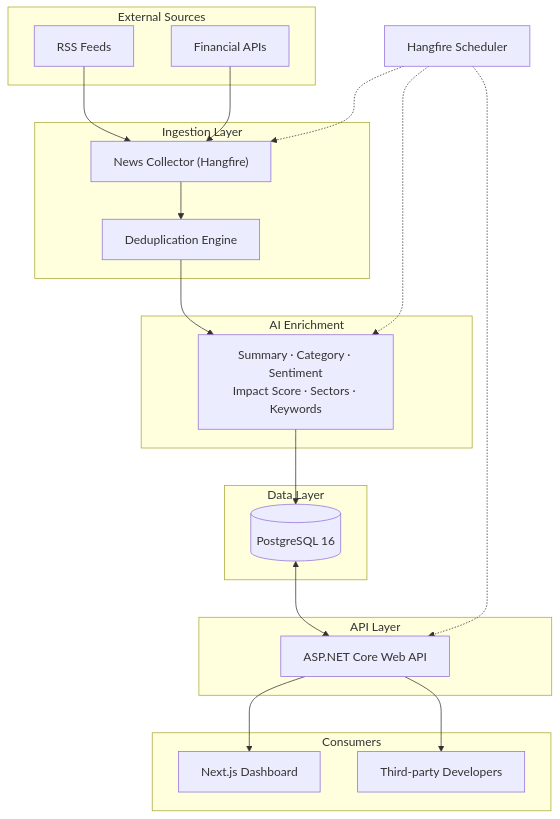
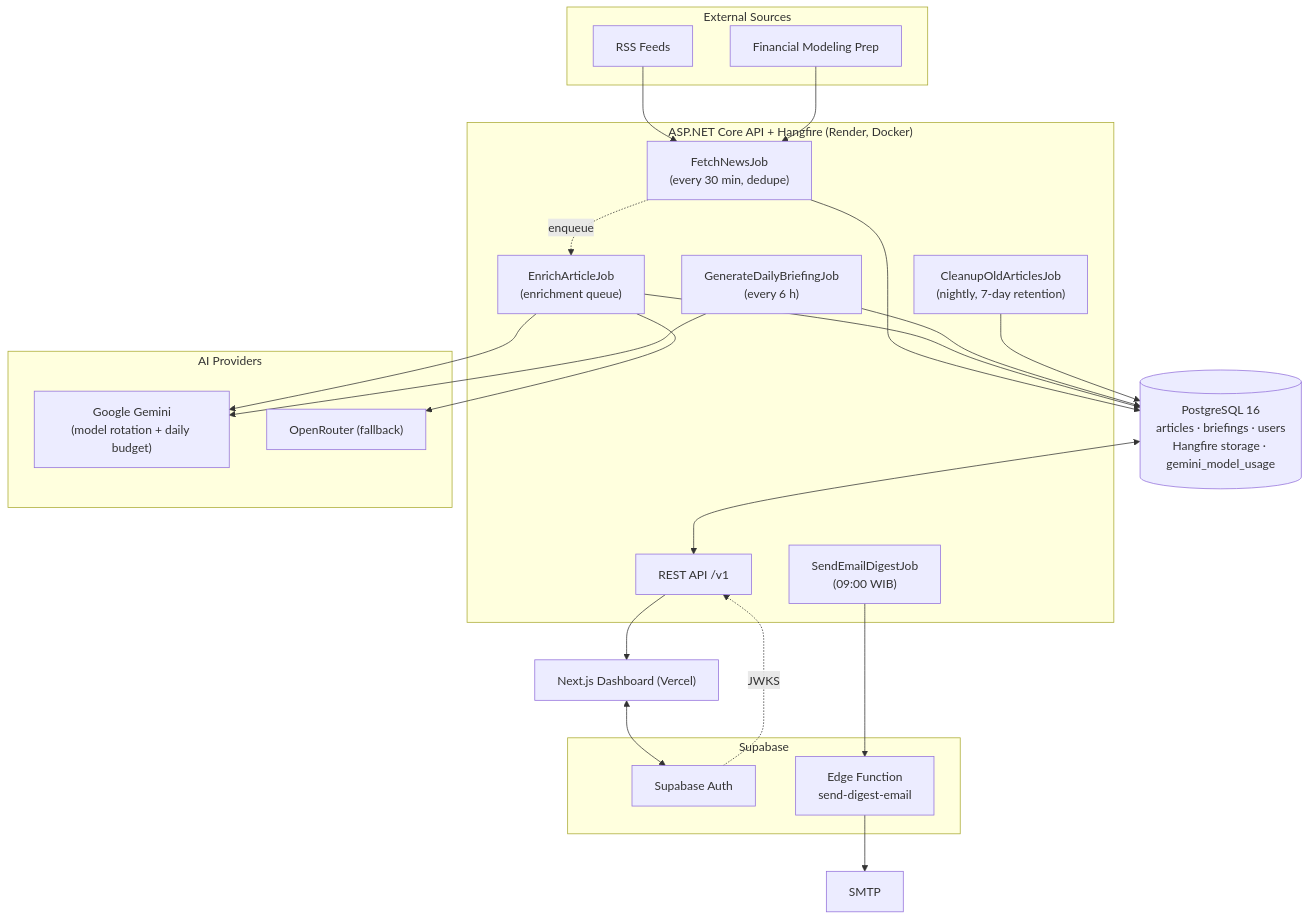
Before and after one commit to cemielan/arunika: the diagram in README.md, drawn with Mermaid. The commit also changed other lines of this file, not shown here.

````diff
--- a/README.md
+++ b/README.md
@@ -18,43 +33,47 @@
 ```mermaid
 flowchart TB
     subgraph Sources["External Sources"]
-        RSS[RSS Feeds]
-        NAPI[Financial APIs]
+        RSS["RSS Feeds"]
+        FMP["Financial Modeling Prep"]
     end
 
-    subgraph Ingest["Ingestion Layer"]
-        Collector["News Collector (Hangfire)"]
-        Dedup["Deduplication Engine"]
+    subgraph Backend["ASP.NET Core API + Hangfire (Render, Docker)"]
+        Fetch["FetchNewsJob<br/>(every 30 min, dedupe)"]
+        Enrich["EnrichArticleJob<br/>(enrichment queue)"]
+        Brief["GenerateDailyBriefingJob<br/>(every 6 h)"]
+        Digest["SendEmailDigestJob<br/>(09:00 WIB)"]
+        Cleanup["CleanupOldArticlesJob<br/>(nightly, 7-day retention)"]
+        API["REST API /v1"]
     end
 
-    subgraph Enrich["AI Enrichment"]
-        Pipeline["Summary · Category · Sentiment<br/>Impact Score · Sectors · Keywords"]
+    subgraph AI["AI Providers"]
+        Gemini["Google Gemini<br/>(model rotation + daily budget)"]
+        OR["OpenRouter (fallback)"]
     end
 
-    subgraph Data["Data Layer"]
-        PG[(PostgreSQL 16)]
+    PG[("PostgreSQL 16<br/>articles · briefings · users<br/>Hangfire storage · gemini_model_usage")]
+
+    subgraph Supabase["Supabase"]
+        SAuth["Supabase Auth"]
+        Edge["Edge Function<br/>send-digest-email"]
     end
 
-    subgraph Serve["API Layer"]
-        API["ASP.NET Core Web API"]
-    end
+    SMTP["SMTP"]
+    Dash["Next.js Dashboard (Vercel)"]
 
-    subgraph Consumers["Consumers"]
-        Dash["Next.js Dashboard"]
-        Dev["Third-party Developers"]
-    end
-
-    Scheduler["Hangfire Scheduler"]
-
-    RSS --> Collector
-    NAPI --> Collector
-    Collector --> Dedup
-    Dedup --> Pipeline
-    Pipeline --> PG
+    RSS --> Fetch
+    FMP --> Fetch
+    Fetch --> PG
+    Fetch -. enqueue .-> Enrich
+    Enrich --> Gemini
+    Enrich --> OR
+    Enrich --> PG
+    Brief --> Gemini
+    Brief --> PG
+    Digest --> Edge --> SMTP
+    Cleanup --> PG
     PG <--> API
     API --> Dash
-    API --> Dev
-    Scheduler -.-> Collector
-    Scheduler -.-> Pipeline
-    Scheduler -.-> API
+    Dash <--> SAuth
+    SAuth -. JWKS .-> API
 ```
````
